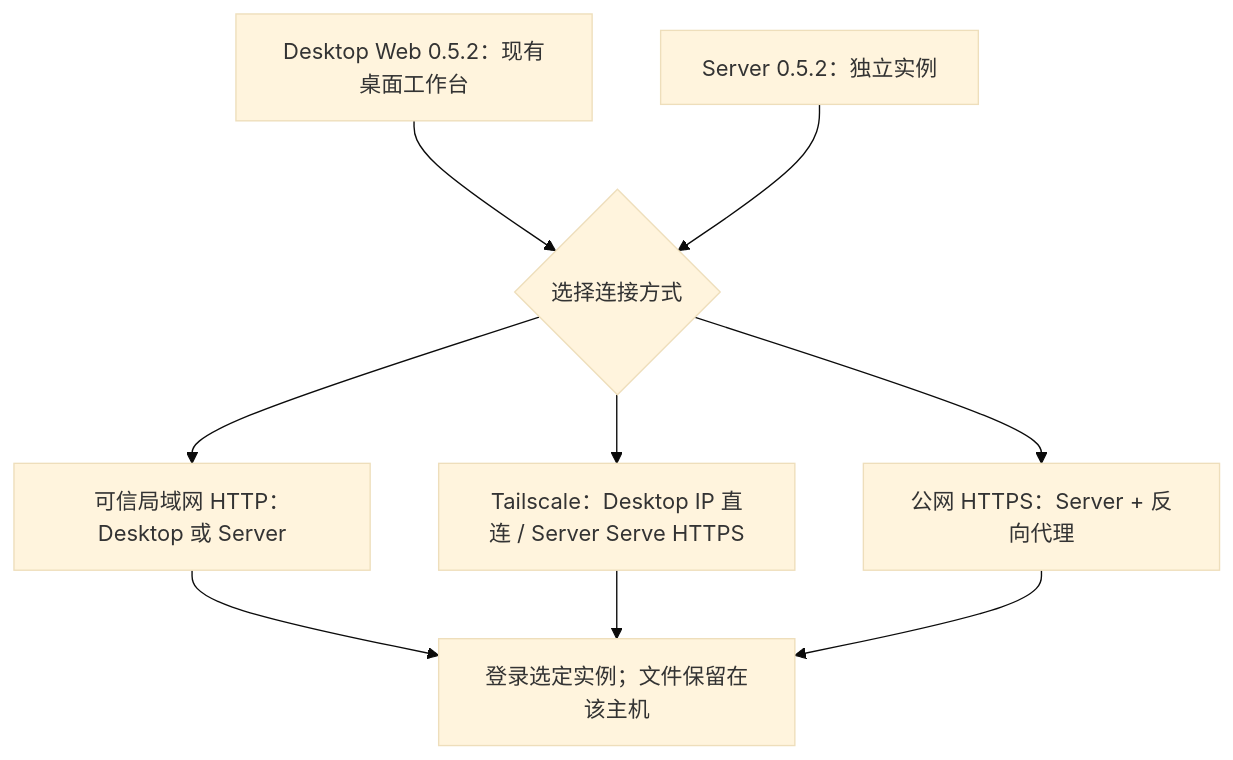
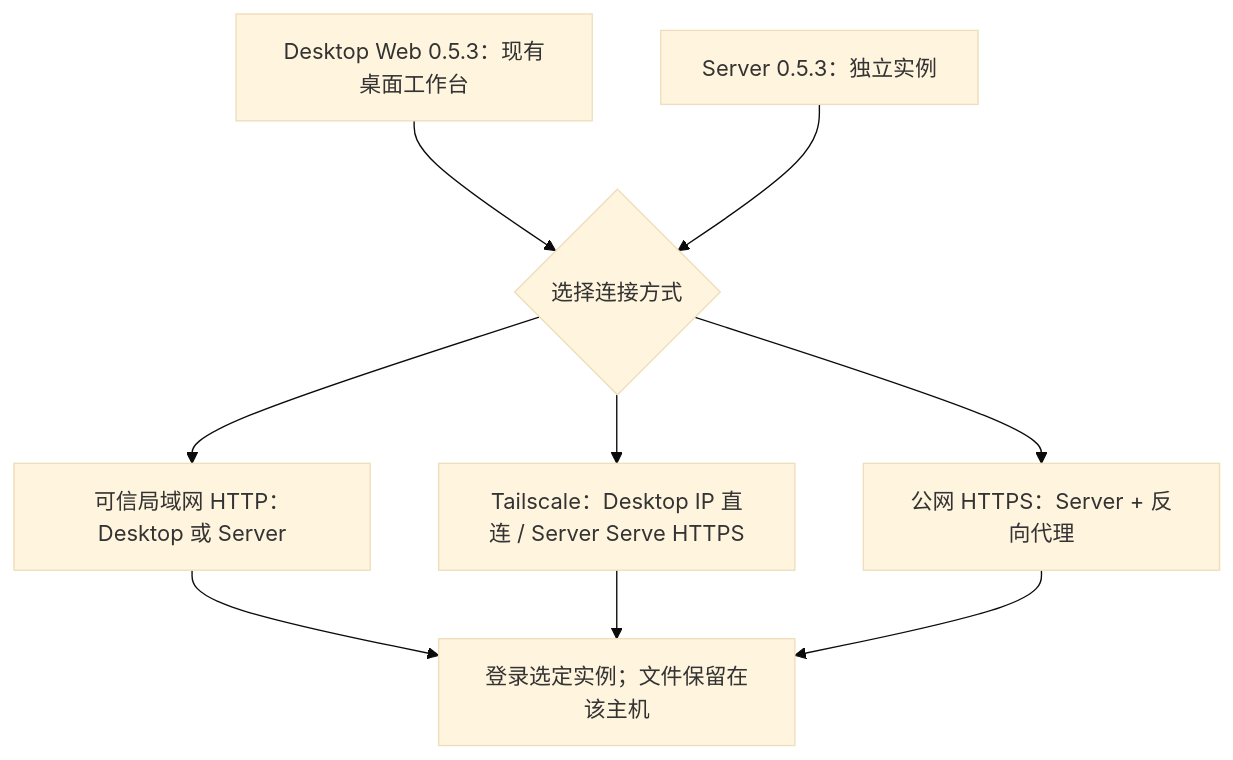
The diagram in website/site/public/assets/diagrams/deployment-choice-zh.mmd (123eyu/rovai-ai), drawn with Mermaid (base theme) before and after one commit. The commit also changed 10 other files, not shown here.

```diff
--- a/website/site/public/assets/diagrams/deployment-choice-zh.mmd
+++ b/website/site/public/assets/diagrams/deployment-choice-zh.mmd
@@ -1,12 +1,12 @@
 flowchart TB
-  desktop["Desktop Web 0.5.2：现有桌面工作台"]
-  server["Server 0.5.2：独立实例"]
+  desktop["Desktop Web 0.5.3：现有桌面工作台"]
+  server["Server 0.5.3：独立实例"]
   choice{"选择连接方式"}
   desktop --> choice
   server --> choice
   choice --> lan["可信局域网 HTTP：Desktop 或 Server"]
   choice --> ts["Tailscale：Desktop IP 直连 / Server Serve HTTPS"]
   choice --> public["公网 HTTPS：Server + 反向代理"]
   lan --> login["登录选定实例；文件保留在该主机"]
   ts --> login
   public --> login
```
